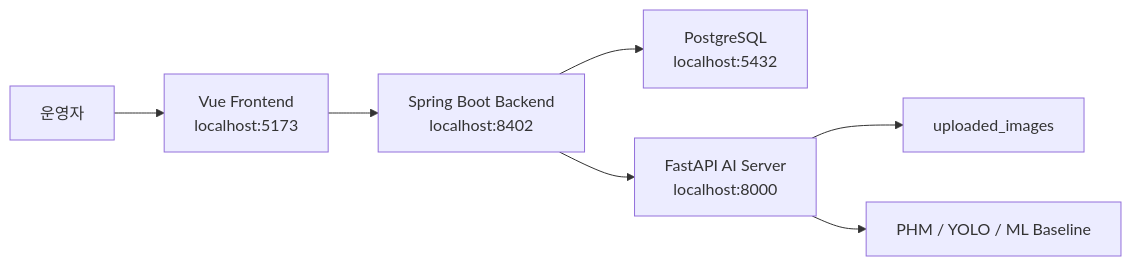
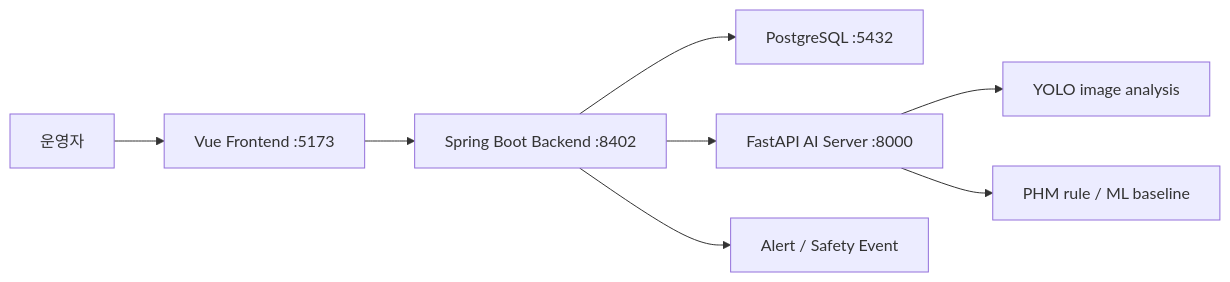
The first of 2 diagrams in README.md (woongpro416/iat-ai-phm-personal), drawn with Mermaid before and after one commit. The commit also changed other lines of this file, not shown here.

````diff
--- a/README.md
+++ b/README.md
@@ -81,9 +44,10 @@
 ```mermaid
 flowchart LR
-    User["운영자"] --> FE["Vue Frontend<br/>localhost:5173"]
-    FE --> BE["Spring Boot Backend<br/>localhost:8402"]
-    BE --> DB["PostgreSQL<br/>localhost:5432"]
-    BE --> AI["FastAPI AI Server<br/>localhost:8000"]
-    AI --> IMG["uploaded_images"]
-    AI --> MODEL["PHM / YOLO / ML Baseline"]
+    User["운영자"] --> FE["Vue Frontend :5173"]
+    FE --> BE["Spring Boot Backend :8402"]
+    BE --> DB["PostgreSQL :5432"]
+    BE --> AI["FastAPI AI Server :8000"]
+    AI --> YOLO["YOLO image analysis"]
+    AI --> PHM["PHM rule / ML baseline"]
+    BE --> Alert["Alert / Safety Event"]
 ```
````
